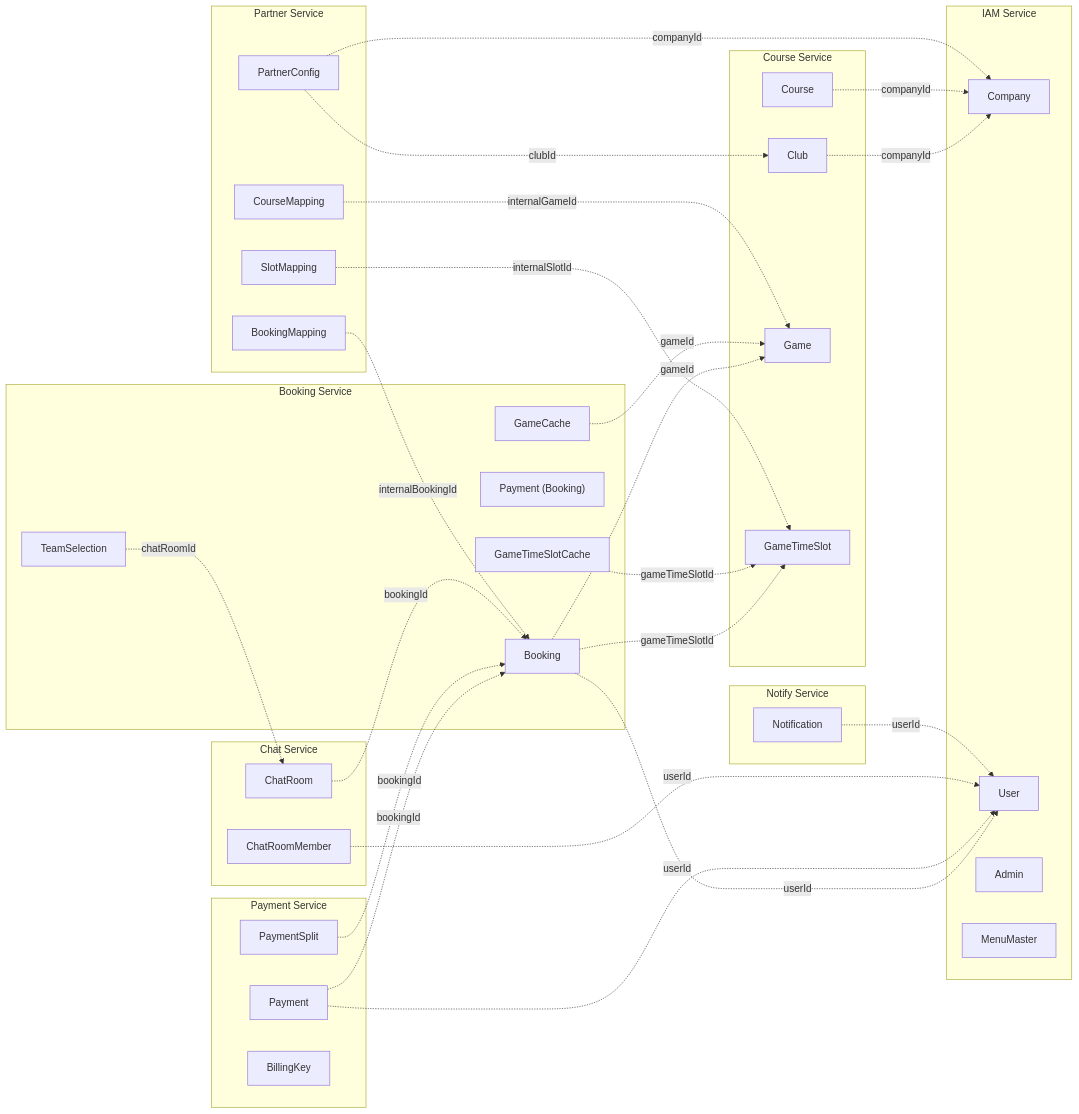
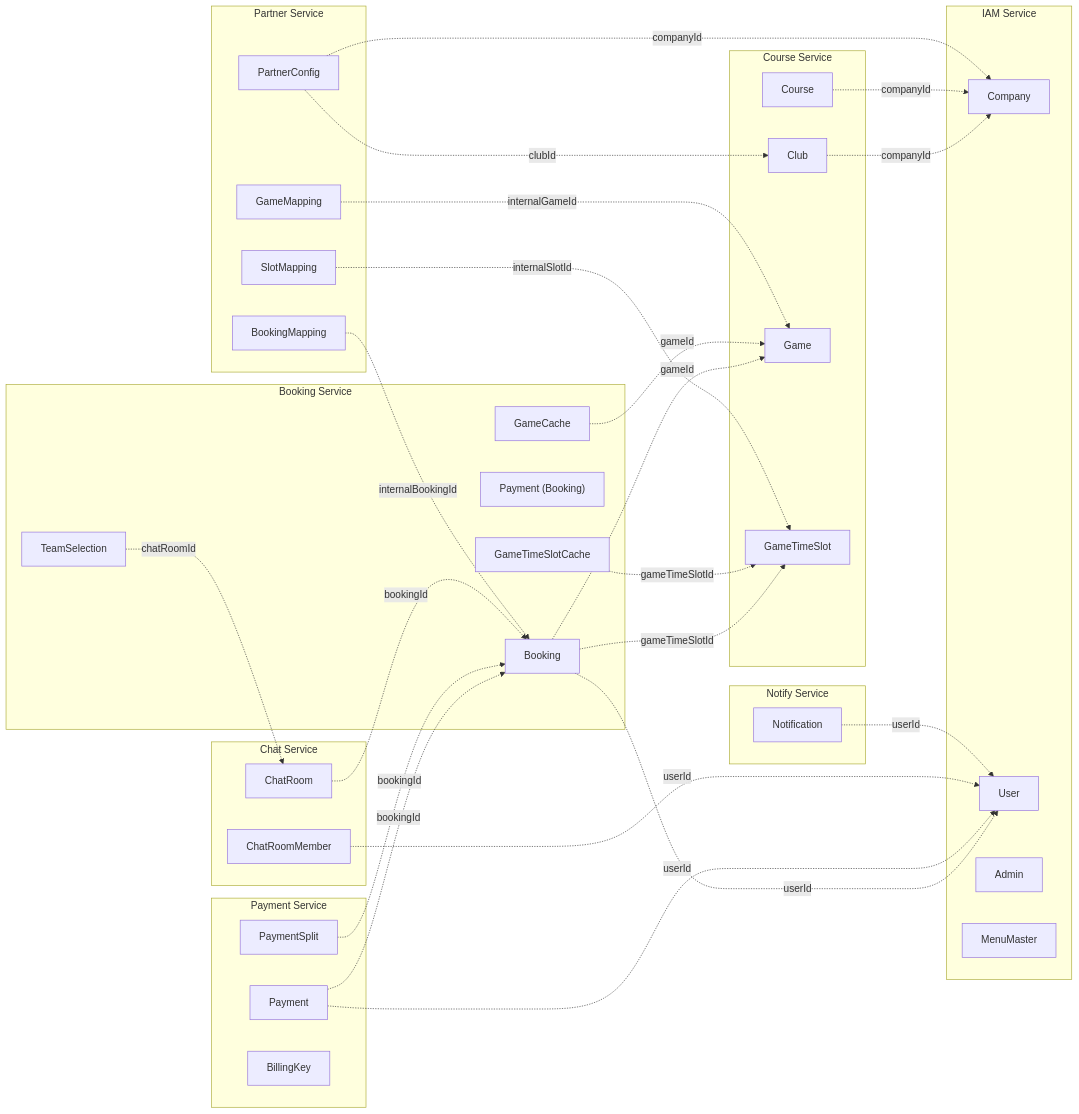
Before and after one commit to uniyous/parkgolf-platform: the first of 35 diagrams in docs/architecture/DATABASE.md, drawn with Mermaid. The commit also changed other lines of this file and 42 other files, not shown here.

````diff
--- a/docs/architecture/DATABASE.md
+++ b/docs/architecture/DATABASE.md
@@ -23,66 +23,66 @@
 ```mermaid
 flowchart LR
     subgraph iam["IAM Service"]
         Company
         User
         Admin
         Menu["MenuMaster"]
     end
 
     subgraph course["Course Service"]
         Club
         Course
         Game
         GameTimeSlot
     end
 
     subgraph booking["Booking Service"]
         Booking
         TeamSelection
         BookingPayment["Payment (Booking)"]
         GameCache
         SlotCache["GameTimeSlotCache"]
     end
 
     subgraph payment["Payment Service"]
         Payment
         PaymentSplit
         BillingKey
     end
 
     subgraph chat["Chat Service"]
         ChatRoom
         ChatRoomMember
     end
 
     subgraph partner["Partner Service"]
         PartnerConfig
-        CourseMapping_P["CourseMapping"]
+        GameMapping_P["GameMapping"]
         SlotMapping_P["SlotMapping"]
         BookingMapping_P["BookingMapping"]
     end
 
     subgraph notify["Notify Service"]
         Notification
     end
 
     Club -.->|companyId| Company
     Course -.->|companyId| Company
     Booking -.->|userId| User
     Booking -.->|gameTimeSlotId| GameTimeSlot
     Booking -.->|gameId| Game
     TeamSelection -.->|chatRoomId| ChatRoom
     GameCache -.->|gameId| Game
     SlotCache -.->|gameTimeSlotId| GameTimeSlot
     Payment -.->|userId| User
     Payment -.->|bookingId| Booking
     PaymentSplit -.->|bookingId| Booking
     ChatRoom -.->|bookingId| Booking
     ChatRoomMember -.->|userId| User
     Notification -.->|userId| User
     PartnerConfig -.->|clubId| Club
     PartnerConfig -.->|companyId| Company
-    CourseMapping_P -.->|internalGameId| Game
+    GameMapping_P -.->|internalGameId| Game
     SlotMapping_P -.->|internalSlotId| GameTimeSlot
     BookingMapping_P -.->|internalBookingId| Booking
 ```
````
